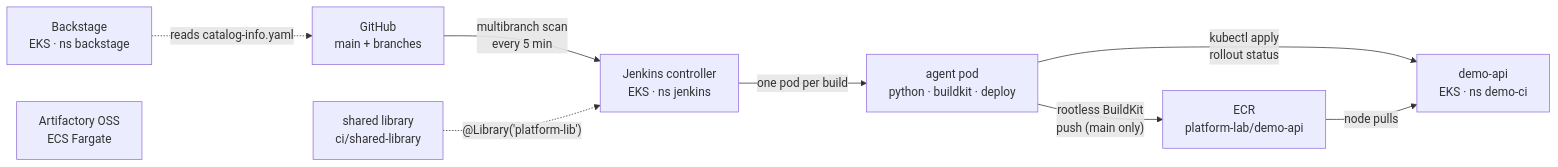
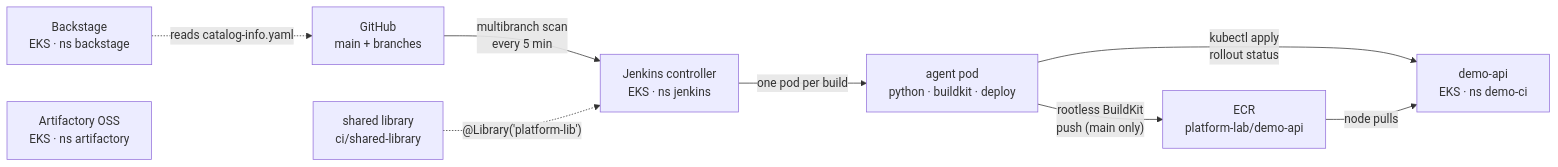
One commit to alecuvalentin22/aws-kodekloud-playground changed the diagram in docs/ci-track.md. Above: the diagram before and after it, drawn with Mermaid. The commit also changed other lines of this file and 7 other files, not shown here.

First line of the commit message:
Artifactory moves to EKS on the playground; drill 18 gains the branch build and the silent ECS failure

````diff
--- a/docs/ci-track.md
+++ b/docs/ci-track.md
@@ -10,11 +10,11 @@
 ```mermaid
 flowchart LR
   GH["GitHub<br/>main + branches"] -->|"multibranch scan<br/>every 5 min"| J["Jenkins controller<br/>EKS · ns jenkins"]
   J -->|"one pod per build"| A["agent pod<br/>python · buildkit · deploy"]
   LIB["shared library<br/>ci/shared-library"] -.->|"@Library('platform-lib')"| J
   A -->|"rootless BuildKit<br/>push (main only)"| ECR["ECR<br/>platform-lab/demo-api"]
   A -->|"kubectl apply<br/>rollout status"| APP["demo-api<br/>EKS · ns demo-ci"]
   ECR -->|"node pulls"| APP
   BS["Backstage<br/>EKS · ns backstage"] -.->|"reads catalog-info.yaml"| GH
-  RT["Artifactory OSS<br/>ECS Fargate"]
+  RT["Artifactory OSS<br/>EKS · ns artifactory"]
 ```
````
